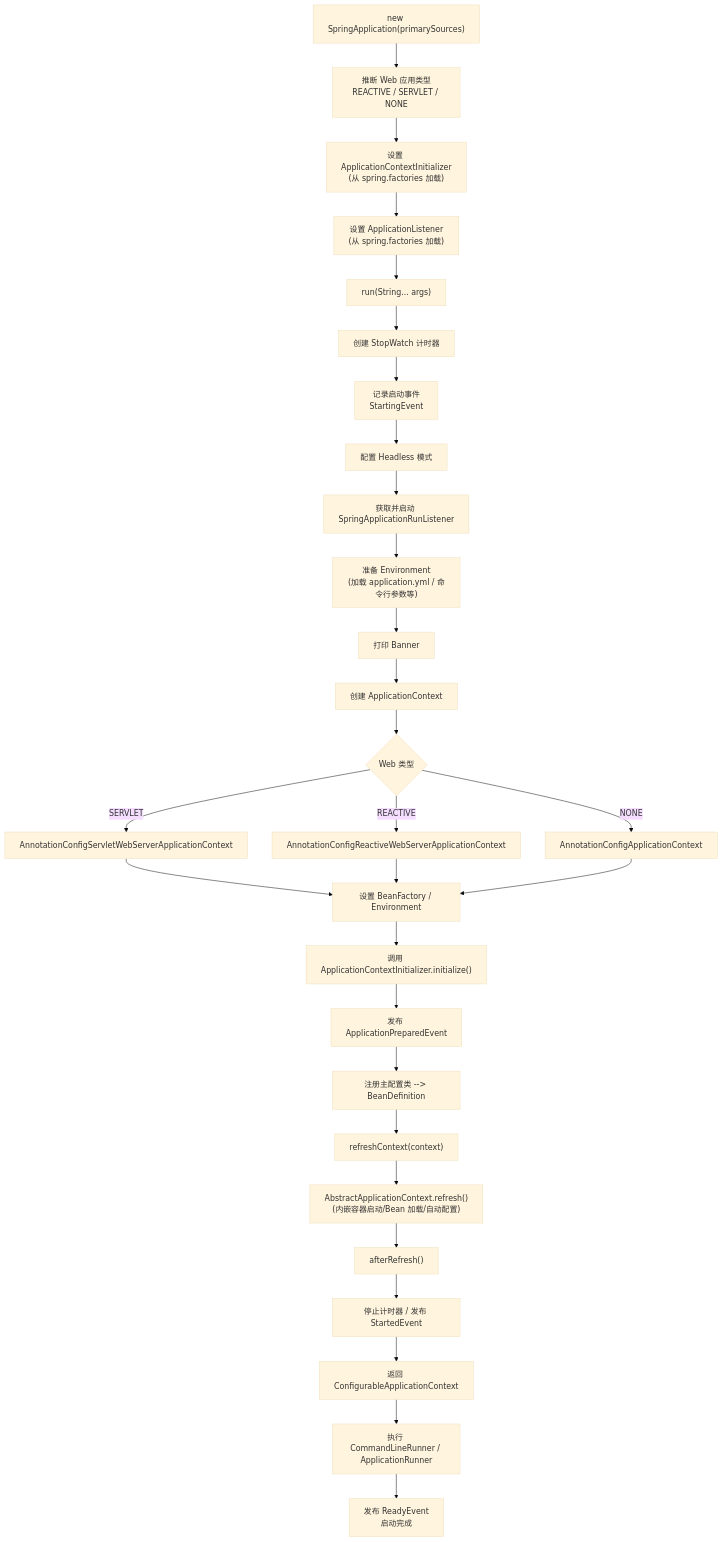
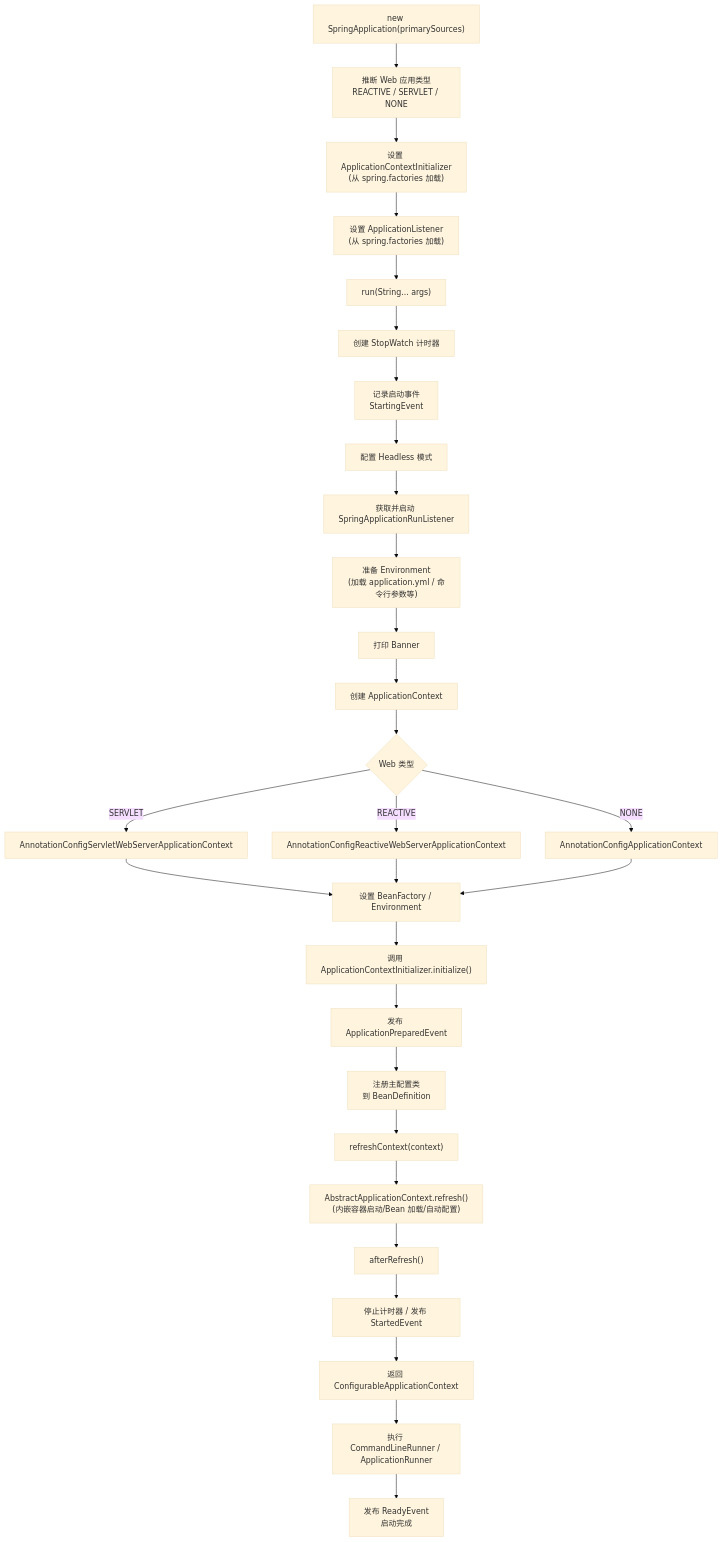
The third of 11 diagrams in 06-spring-boot/README.md (kane201x/javadoc), drawn with Mermaid (base theme) before and after one commit. The commit also changed other lines of this file and 12 other files, not shown here.

First line of the commit message:
fix: correct mermaid diagram syntax across all modules

````diff
--- a/06-spring-boot/README.md
+++ b/06-spring-boot/README.md
@@ -296,31 +296,31 @@
 ```mermaid
 flowchart TD
     A["new SpringApplication(primarySources)"] --> B["推断 Web 应用类型<br/>REACTIVE / SERVLET / NONE"]
     B --> C["设置 ApplicationContextInitializer<br/>(从 spring.factories 加载)"]
     C --> D["设置 ApplicationListener<br/>(从 spring.factories 加载)"]
     D --> E["run(String... args)"]
     E --> F["创建 StopWatch 计时器"]
     F --> G["记录启动事件<br/>StartingEvent"]
     G --> H["配置 Headless 模式"]
     H --> I["获取并启动 SpringApplicationRunListener"]
     I --> J["准备 Environment<br/>(加载 application.yml / 命令行参数等)"]
     J --> K["打印 Banner"]
     K --> L["创建 ApplicationContext"]
     L --> M{"Web 类型"}
     M -->|SERVLET| N1["AnnotationConfigServletWebServerApplicationContext"]
     M -->|REACTIVE| N2["AnnotationConfigReactiveWebServerApplicationContext"]
     M -->|NONE| N3["AnnotationConfigApplicationContext"]
     N1 --> O["设置 BeanFactory / Environment"]
     N2 --> O
     N3 --> O
     O --> P["调用 ApplicationContextInitializer.initialize()"]
     P --> Q["发布 ApplicationPreparedEvent"]
-    Q --> R["注册主配置类 --&gt; BeanDefinition"]
+    Q --> R["注册主配置类 <br/>到 BeanDefinition"]
     R --> S["refreshContext(context)"]
     S --> T["AbstractApplicationContext.refresh()<br/>(内嵌容器启动/Bean 加载/自动配置)"]
     T --> U["afterRefresh()"]
     U --> V["停止计时器 / 发布 StartedEvent"]
     V --> W["返回 ConfigurableApplicationContext"]
     W --> X["执行 CommandLineRunner / ApplicationRunner"]
     X --> Y["发布 ReadyEvent<br/>启动完成"]
 ```
````
